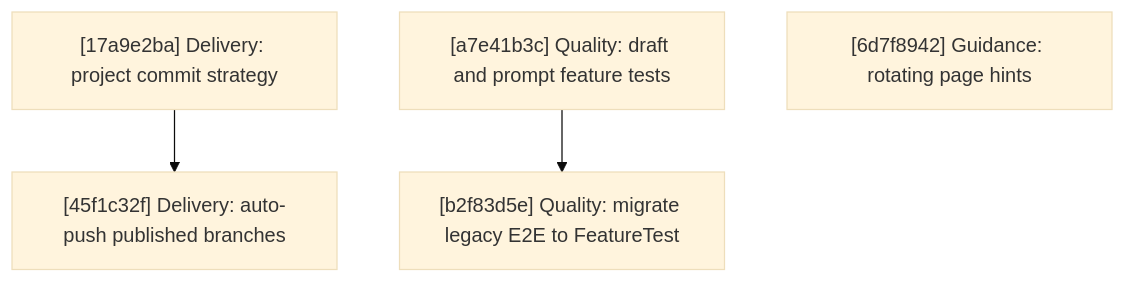
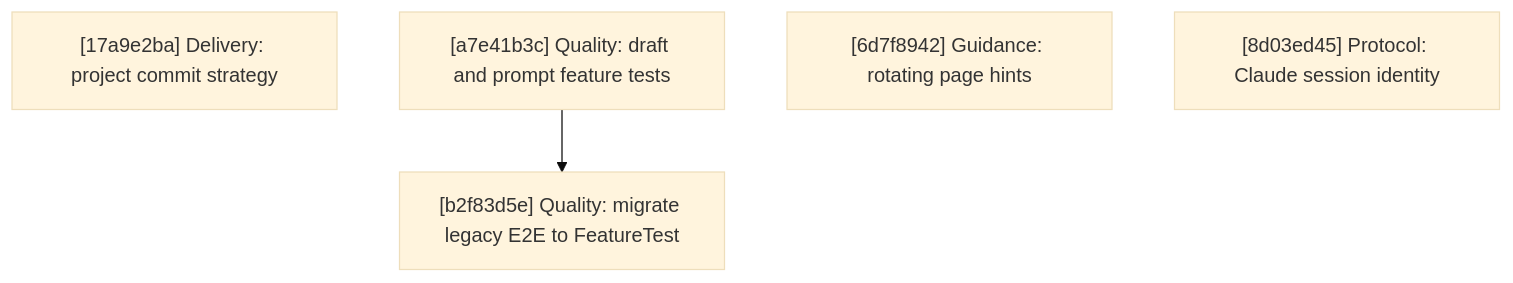
One commit to agentty-xyz/agentty changed the diagram in docs/plan/roadmap.md. Above: the diagram before and after it, drawn with Mermaid (base theme). The commit also changed other lines of this file, not shown here.

First line of the commit message:
Update roadmap status for published-branch sync and Claude session identity

````diff
--- a/docs/plan/roadmap.md
+++ b/docs/plan/roadmap.md
@@ -183,6 +183,7 @@
 ```mermaid
 flowchart TD
-    R1["[17a9e2ba] Delivery: project commit strategy"] --> R2["[45f1c32f] Delivery: auto-push published branches"]
-    R3["[a7e41b3c] Quality: draft and prompt feature tests"] --> R4["[b2f83d5e] Quality: migrate legacy E2E to FeatureTest"]
-    R5["[6d7f8942] Guidance: rotating page hints"]
+    R1["[17a9e2ba] Delivery: project commit strategy"]
+    R2["[a7e41b3c] Quality: draft and prompt feature tests"] --> R3["[b2f83d5e] Quality: migrate legacy E2E to FeatureTest"]
+    R4["[6d7f8942] Guidance: rotating page hints"]
+    R5["[8d03ed45] Protocol: Claude session identity"]
 ```
````
